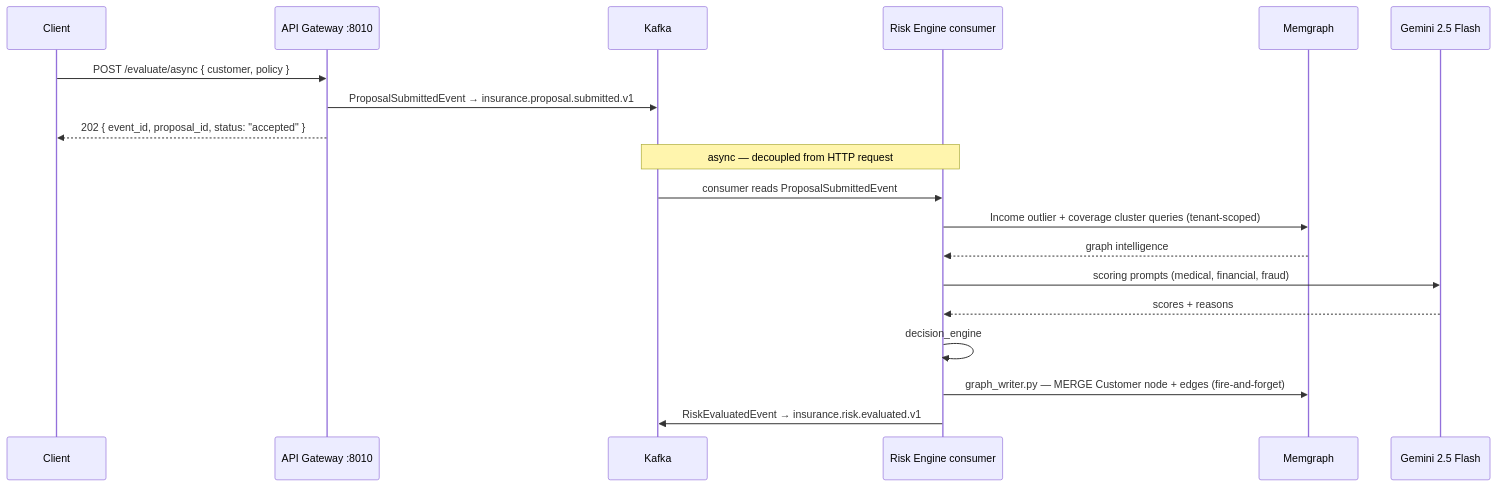
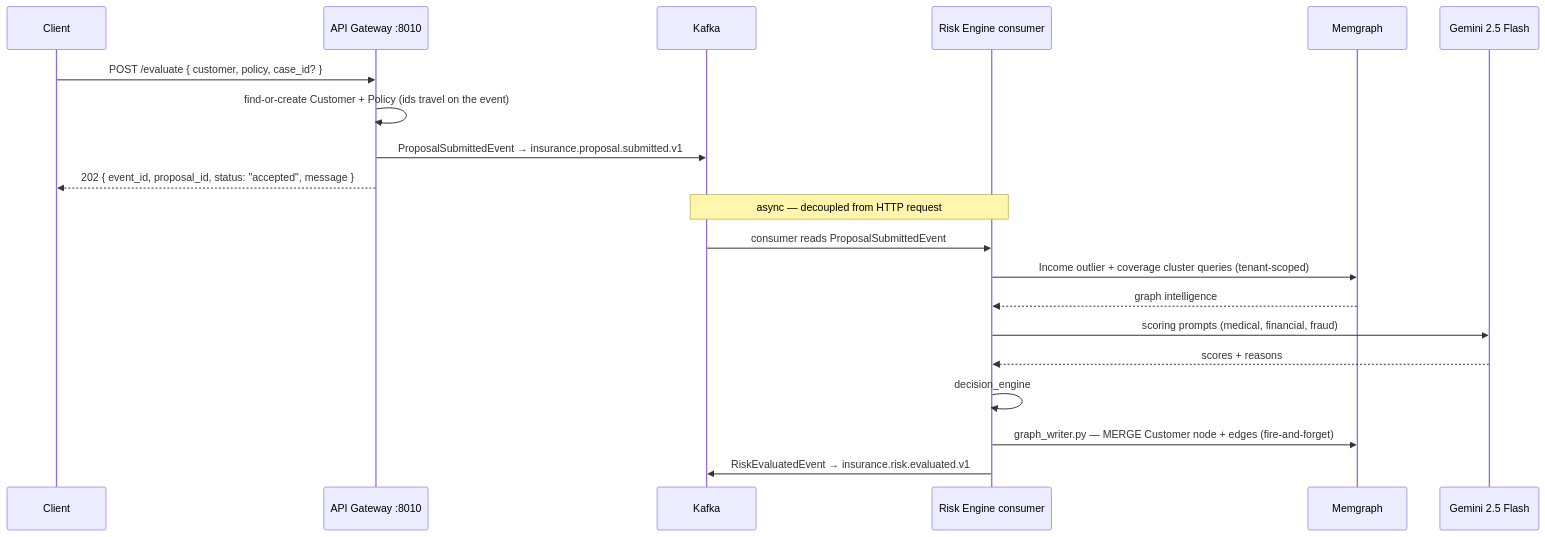
One commit to Nouman64-cat/insurance-ai changed the third of 5 diagrams in docs/docs/data-flow.md. Above: the diagram before and after it, drawn with Mermaid. The commit also changed other lines of this file and 13 other files, not shown here.

````diff
--- a/docs/docs/data-flow.md
+++ b/docs/docs/data-flow.md
@@ -88,23 +89,24 @@
 ```mermaid
 sequenceDiagram
     participant C as Client
     participant GW as API Gateway :8010
     participant KF as Kafka
     participant RE as Risk Engine consumer
     participant MG as Memgraph
     participant LLM as Gemini 2.5 Flash
 
-    C->>GW: POST /evaluate/async { customer, policy }
+    C->>GW: POST /evaluate { customer, policy, case_id? }
+    GW->>GW: find-or-create Customer + Policy (ids travel on the event)
     GW->>KF: ProposalSubmittedEvent → insurance.proposal.submitted.v1
-    GW-->>C: 202 { event_id, proposal_id, status: "accepted" }
+    GW-->>C: 202 { event_id, proposal_id, status: "accepted", message }
 
     note over KF,RE: async — decoupled from HTTP request
     KF->>RE: consumer reads ProposalSubmittedEvent
     RE->>MG: Income outlier + coverage cluster queries (tenant-scoped)
     MG-->>RE: graph intelligence
     RE->>LLM: scoring prompts (medical, financial, fraud)
     LLM-->>RE: scores + reasons
     RE->>RE: decision_engine
     RE->>MG: graph_writer.py — MERGE Customer node + edges (fire-and-forget)
     RE->>KF: RiskEvaluatedEvent → insurance.risk.evaluated.v1
 ```
````
